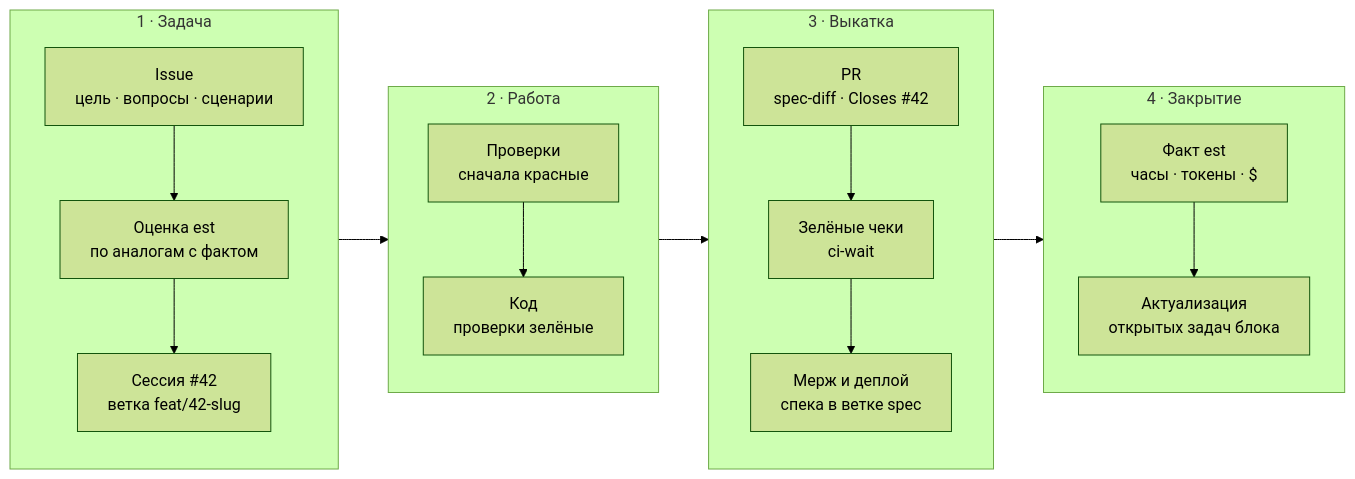
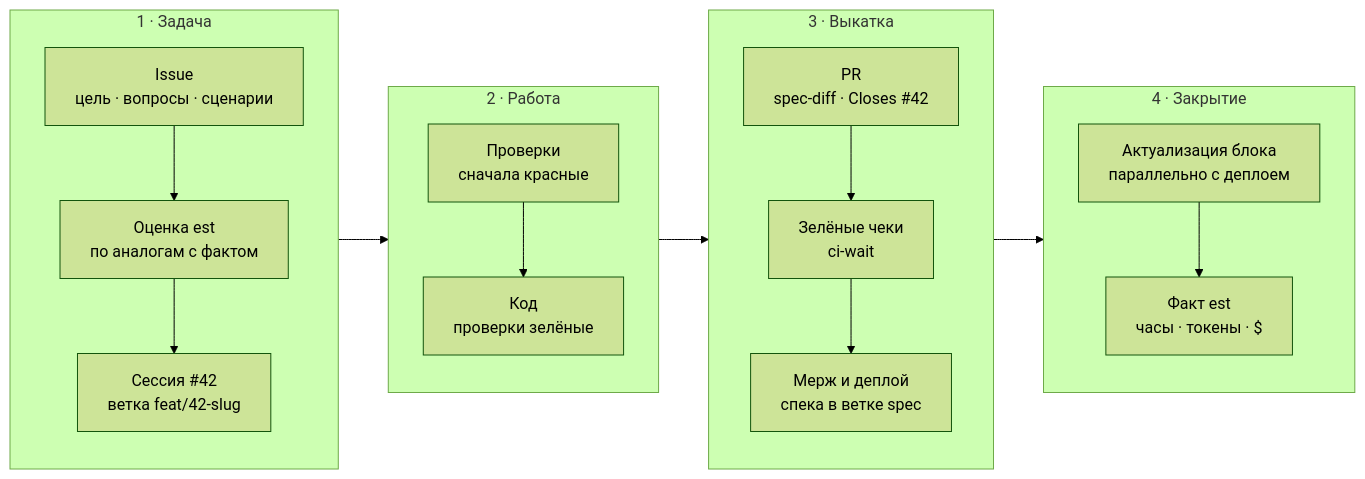
Before and after one commit to miroshnik/ai-dev: the diagram in README.md, drawn with Mermaid (forest theme). The commit also changed other lines of this file and 6 other files, not shown here.

````diff
--- a/README.md
+++ b/README.md
@@ -30,20 +30,20 @@
 ```mermaid
 flowchart LR
   subgraph task ["1 · Задача"]
     direction TB
     I["Issue<br>цель · вопросы · сценарии"] --> E["Оценка est<br>по аналогам с фактом"] --> S["Сессия #42<br>ветка feat/42-slug"]
   end
   subgraph work ["2 · Работа"]
     direction TB
     T["Проверки<br>сначала красные"] --> C["Код<br>проверки зелёные"]
   end
   subgraph ship ["3 · Выкатка"]
     direction TB
     P["PR<br>spec-diff · Closes #42"] --> G["Зелёные чеки<br>ci-wait"] --> M["Мерж и деплой<br>спека в ветке spec"]
   end
   subgraph done ["4 · Закрытие"]
     direction TB
-    F["Факт est<br>часы · токены · $"] --> U["Актуализация<br>открытых задач блока"]
+    U["Актуализация блока<br>параллельно с деплоем"] --> F["Факт est<br>часы · токены · $"]
   end
   task --> work --> ship --> done
 ```
````
